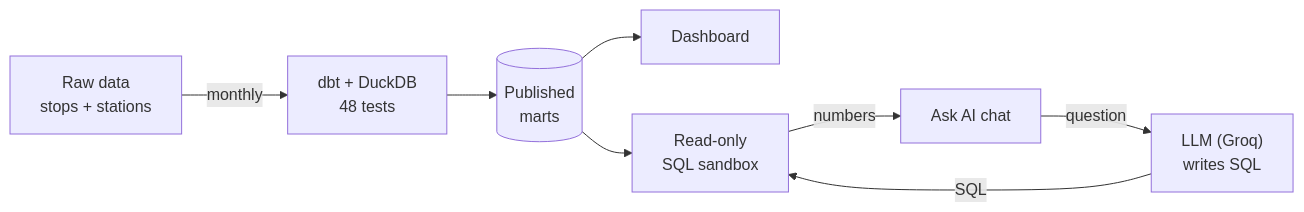
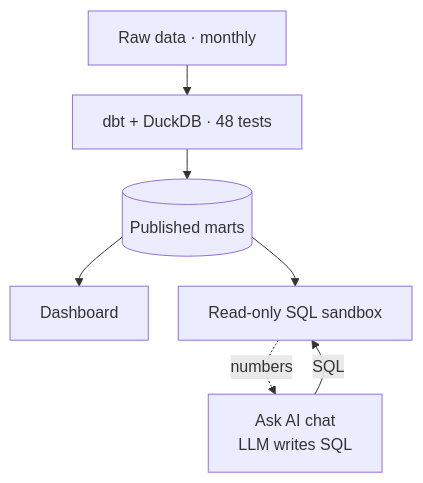
The diagram in README.md (Rony-crypto/bahnpulse), drawn with Mermaid before and after one commit.

Commit message:
Make README diagram narrow enough for GitHub

````diff
--- a/README.md
+++ b/README.md
@@ -43,10 +43,9 @@
 ```mermaid
-flowchart LR
-  SRC["Raw data<br/>stops + stations"] -->|monthly| DBT["dbt + DuckDB<br/>48 tests"]
-  DBT --> MARTS[("Published<br/>marts")]
+%%{init: {"flowchart": {"nodeSpacing": 30, "rankSpacing": 30}}}%%
+flowchart TB
+  SRC["Raw data · monthly"] --> DBT["dbt + DuckDB · 48 tests"] --> MARTS[("Published marts")]
   MARTS --> DASH["Dashboard"]
-  MARTS --> SBX["Read-only<br/>SQL sandbox"]
-  CHAT["Ask AI chat"] -->|question| LLM["LLM (Groq)<br/>writes SQL"]
-  LLM -->|SQL| SBX
-  SBX -->|numbers| CHAT
+  MARTS --> SBX["Read-only SQL sandbox"]
+  CHAT["Ask AI chat<br/>LLM writes SQL"] -->|SQL| SBX
+  SBX -.->|numbers| CHAT
 ```
````
